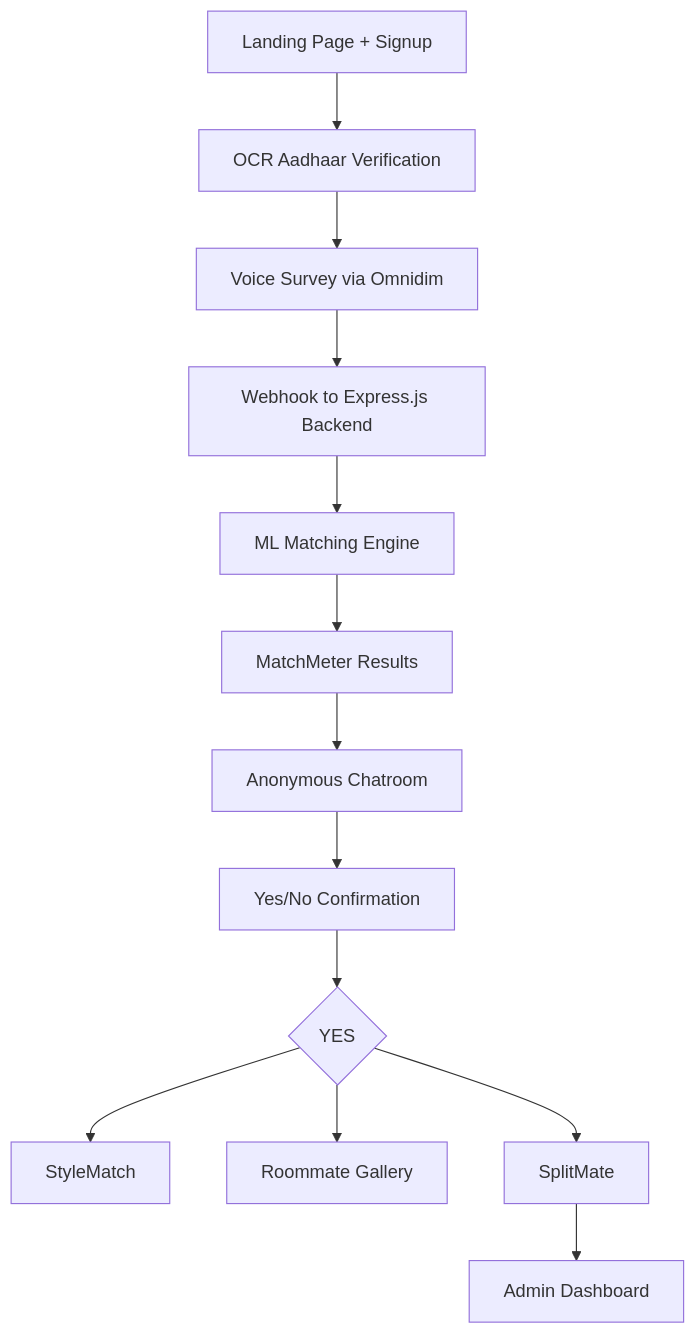
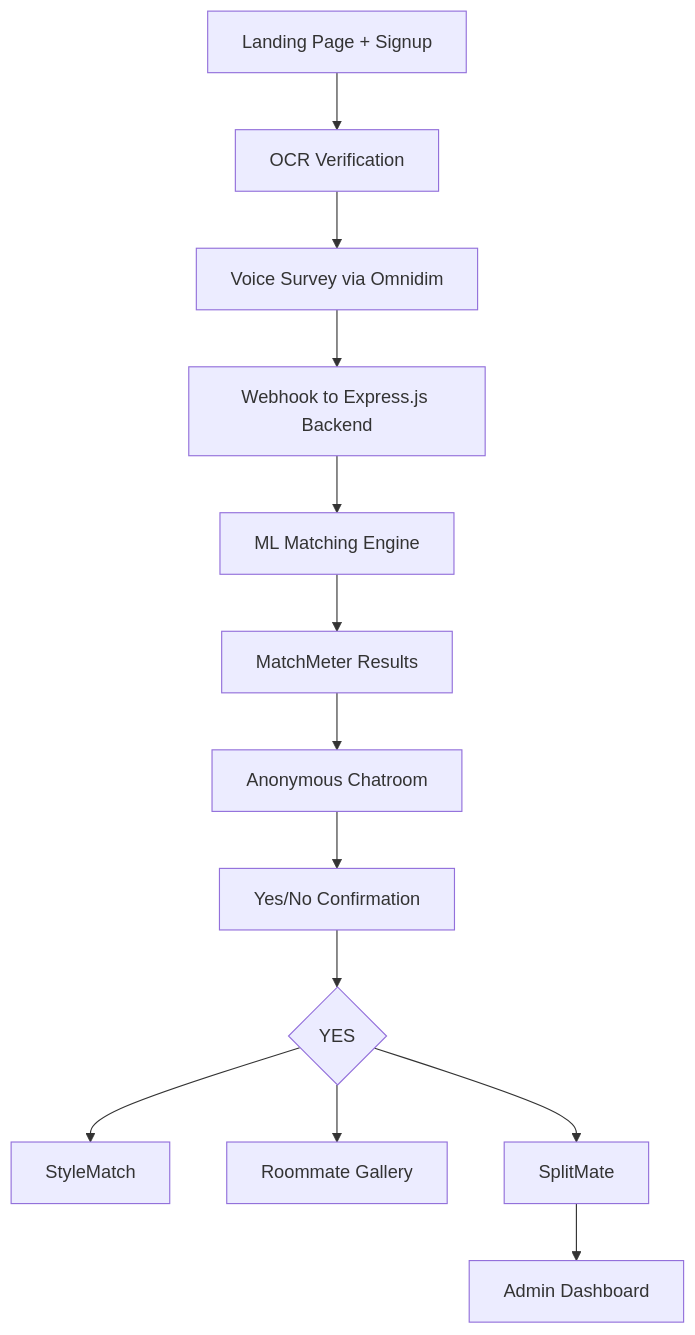
One commit to glitchygenius1502/Intune changed the diagram in README.md. Above: the diagram before and after it, drawn with Mermaid.

`````diff
--- a/README.md
+++ b/README.md
@@ -39,15 +39,15 @@
 ```mermaid
 graph TD
-A[Landing Page + Signup] --> B[OCR Aadhaar Verification]
+A[Landing Page + Signup] --> B[OCR Verification]
 B --> C[Voice Survey via Omnidim]
 C --> D[Webhook to Express.js Backend]
 D --> E[ML Matching Engine]
 E --> F[MatchMeter Results]
 F --> G[Anonymous Chatroom]
 G --> H[Yes/No Confirmation]
 H --> I{YES}
 I --> J[StyleMatch]
 I --> K[Roommate Gallery]
 I --> L[SplitMate]
 L --> M[Admin Dashboard]
 ````
`````
